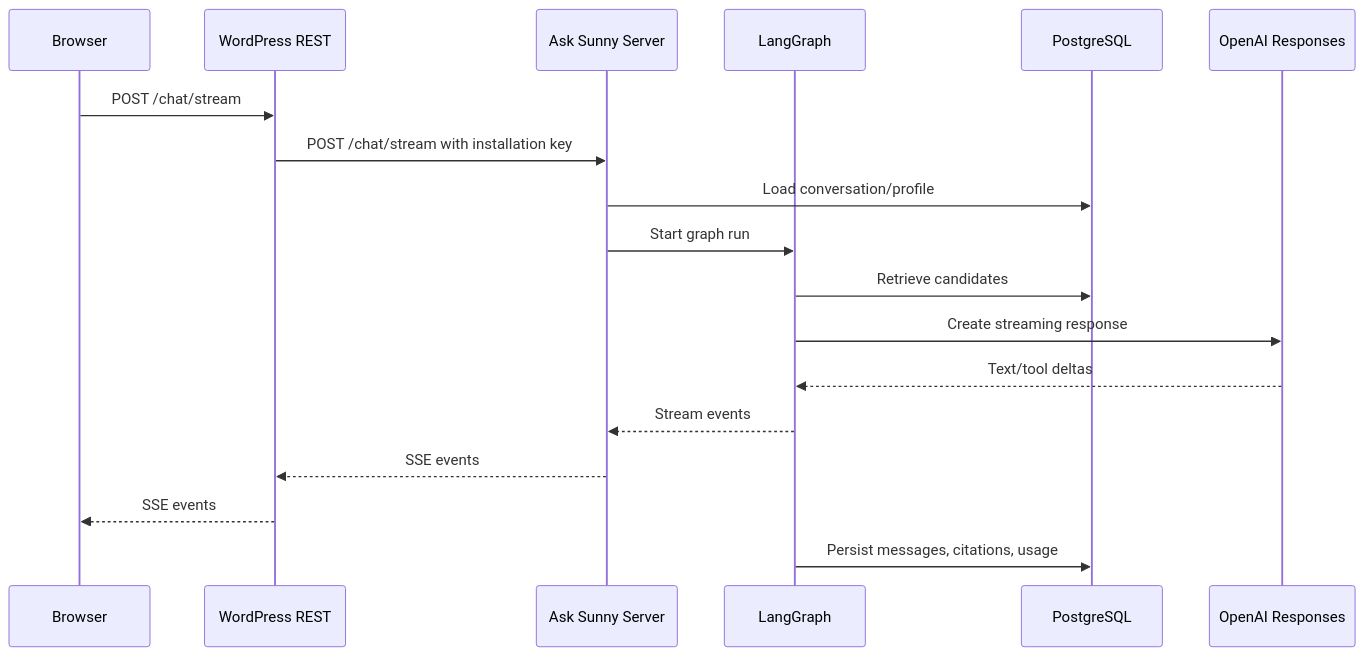
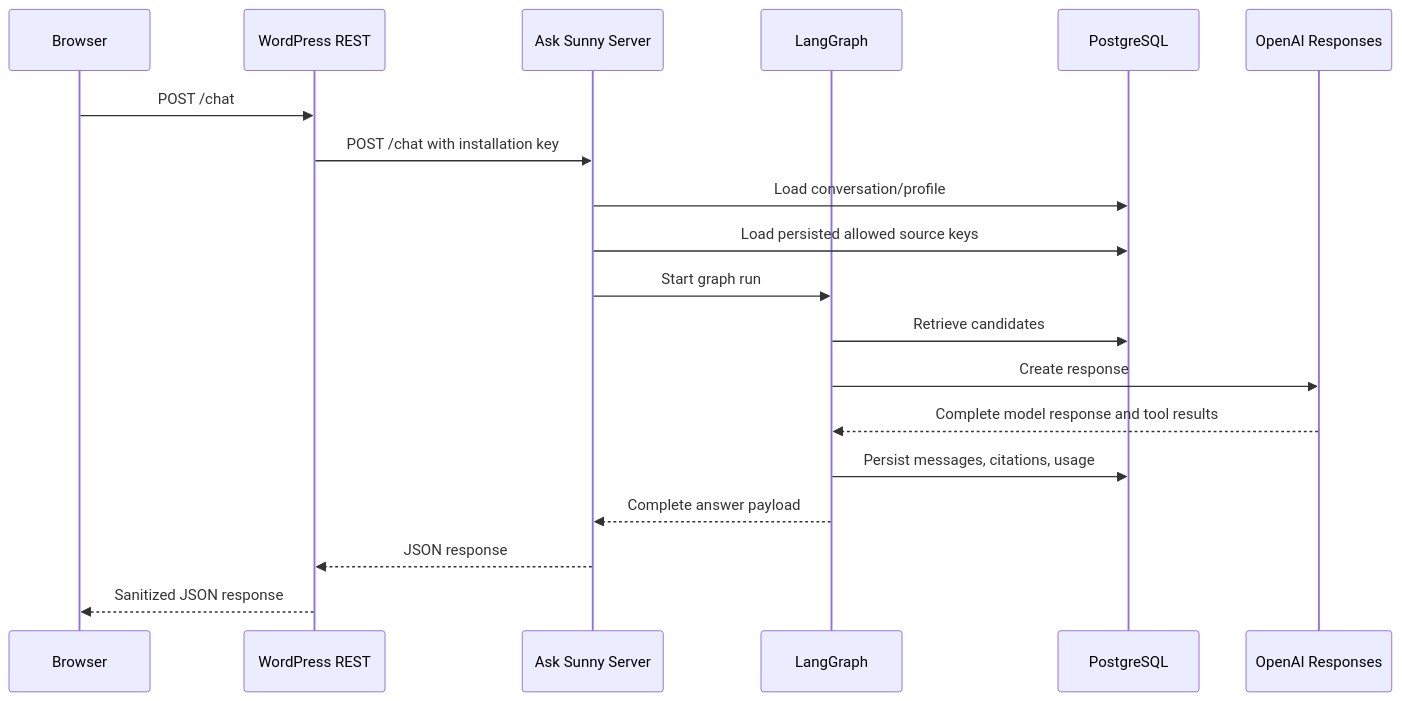
The fourth of 5 diagrams in server/SERVER_APP_ARCHITECTURE.md (sovware/ask-sunny-docs), drawn with Mermaid before and after one commit. The commit also changed other lines of this file and 9 other files, not shown here.

````diff
--- a/server/SERVER_APP_ARCHITECTURE.md
+++ b/server/SERVER_APP_ARCHITECTURE.md
@@ -193,21 +195,22 @@
 ```mermaid
 sequenceDiagram
   participant Browser
   participant WP as WordPress REST
   participant API as Ask Sunny Server
   participant Graph as LangGraph
   participant DB as PostgreSQL
   participant OAI as OpenAI Responses
 
-  Browser->>WP: POST /chat/stream
-  WP->>API: POST /chat/stream with installation key
+  Browser->>WP: POST /chat
+  WP->>API: POST /chat with installation key
   API->>DB: Load conversation/profile
+  API->>DB: Load persisted allowed source keys
   API->>Graph: Start graph run
   Graph->>DB: Retrieve candidates
-  Graph->>OAI: Create streaming response
-  OAI-->>Graph: Text/tool deltas
-  Graph-->>API: Stream events
-  API-->>WP: SSE events
-  WP-->>Browser: SSE events
+  Graph->>OAI: Create response
+  OAI-->>Graph: Complete model response and tool results
   Graph->>DB: Persist messages, citations, usage
+  Graph-->>API: Complete answer payload
+  API-->>WP: JSON response
+  WP-->>Browser: Sanitized JSON response
 ```
````
